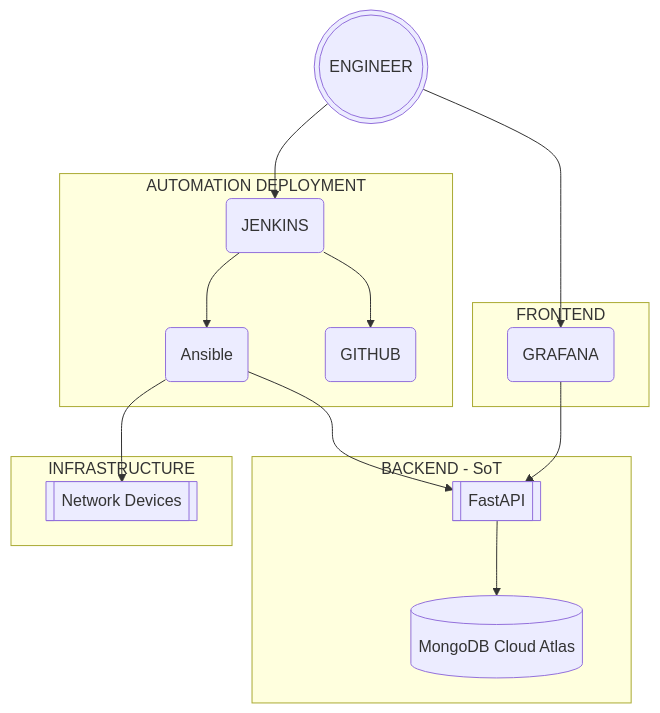
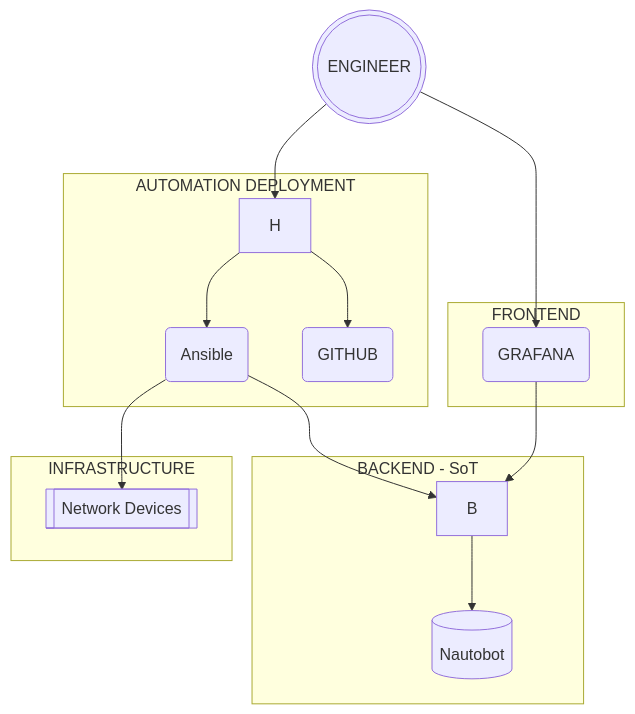
The diagram in diagrams/automation_framework_nsot.md (jnaranjom/iac_network_deployment), drawn with Mermaid before and after one commit.

````diff
--- a/diagrams/automation_framework_nsot.md
+++ b/diagrams/automation_framework_nsot.md
@@ -3,27 +3,25 @@
 ```mermaid
 flowchart TB
-    A[(MongoDB Cloud Atlas)]
-    B[[FastAPI]]
+    A[(Nautobot)]
     D(Ansible)
     E[[Network Devices]]
     F(((ENGINEER)))
     G(GRAFANA)
-    H(JENKINS)
     I(GITHUB)
     subgraph BACKEND - SoT
         B --> A
     end
     subgraph FRONTEND
         G --> B
     end
     F --> H
     F --> G
     subgraph AUTOMATION DEPLOYMENT
         D --> B
         H --> I
         H --> D
     end
     subgraph INFRASTRUCTURE
         D --> E
     end
 ```
````
